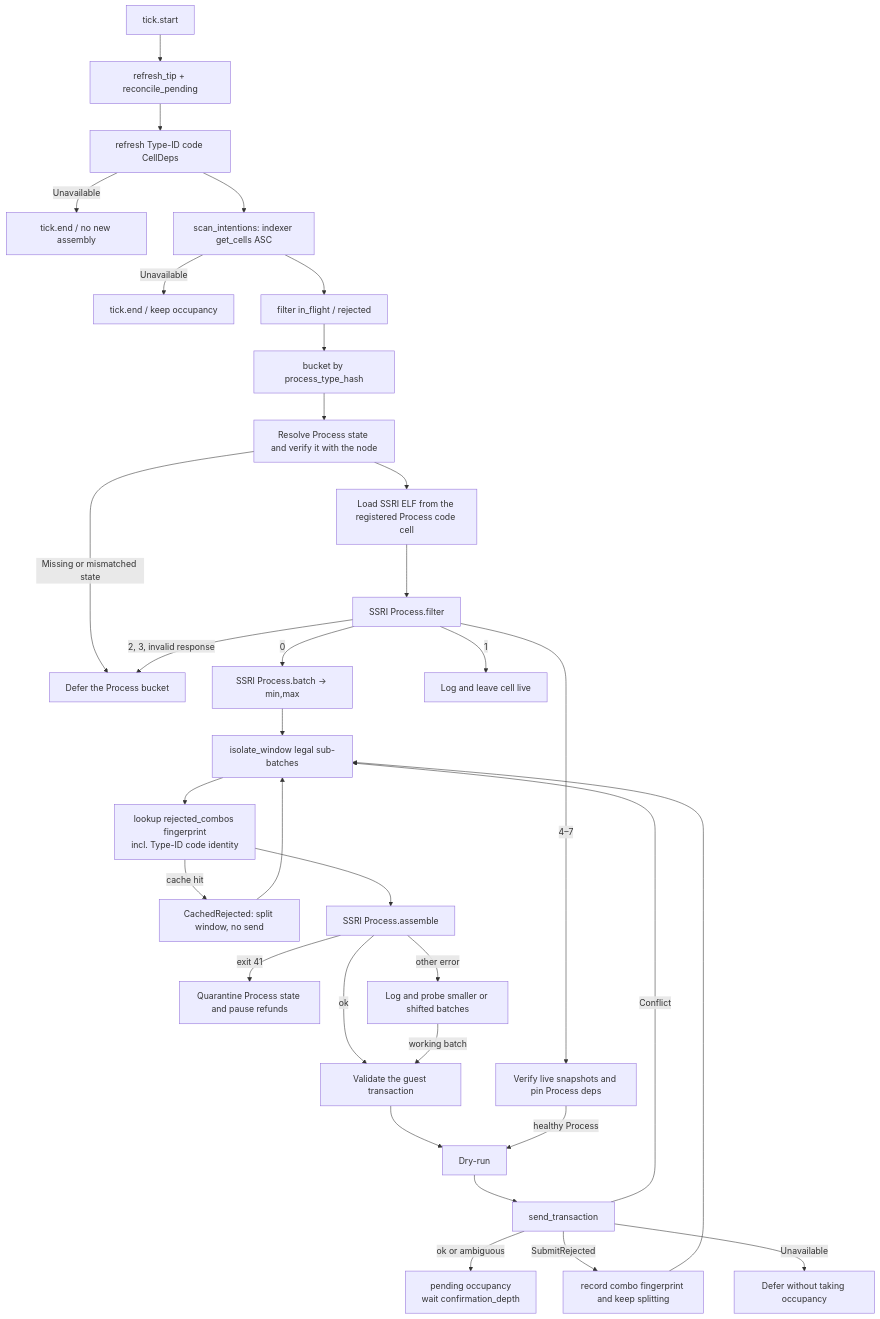
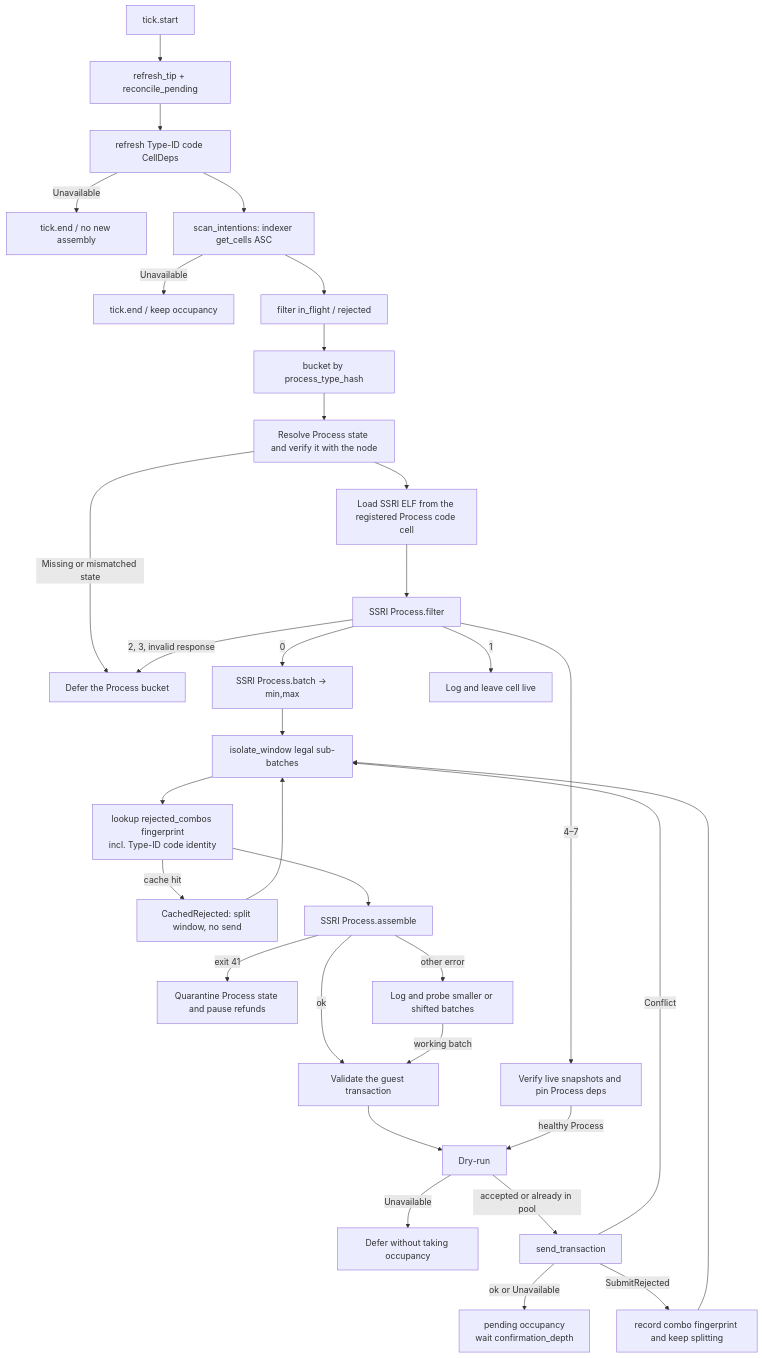
Before and after one commit to ashuralyk/ckb-cid-backend-server: the diagram in README.md, drawn with Mermaid. The commit also changed other lines of this file and 14 other files, not shown here.

````diff
--- a/README.md
+++ b/README.md
@@ -198,35 +198,35 @@
 ```mermaid
 flowchart TD
   start["tick.start"] --> tip["refresh_tip + reconcile_pending"]
   tip --> deps["refresh Type-ID code CellDeps"]
   deps -->|Unavailable| endEarly["tick.end / no new assembly"]
   deps --> scan["scan_intentions: indexer get_cells ASC"]
   scan -->|Unavailable| endScan["tick.end / keep occupancy"]
   scan --> filter["filter in_flight / rejected"]
   filter --> bucket["bucket by process_type_hash"]
   bucket --> resolve["Resolve Process state and verify it with the node"]
   resolve -->|Missing or mismatched state| deferred
   resolve --> code["Load SSRI ELF from the registered Process code cell"]
   code --> verdict["SSRI Process.filter"]
   verdict -->|0| bounds["SSRI Process.batch → min,max"]
   verdict -->|1| logOnly["Log and leave cell live"]
   verdict -->|4–7| refund["Verify live snapshots and pin Process deps"]
   verdict -->|2, 3, invalid response| deferred["Defer the Process bucket"]
   bounds --> isolate["isolate_window legal sub-batches"]
   isolate --> peek["lookup rejected_combos fingerprint<br/>incl. Type-ID code identity"]
   peek -->|cache hit| split["CachedRejected: split window, no send"]
   peek --> assemble["SSRI Process.assemble"]
   assemble -->|ok| dok["Validate the guest transaction"]
   assemble -->|exit 41| quarantine["Quarantine Process state and pause refunds"]
   assemble -->|other error| probe["Log and probe smaller or shifted batches"]
   probe -->|working batch| dok
   dok --> gate["Dry-run"]
   refund -->|healthy Process| gate
-  gate --> send["send_transaction"]
-  send -->|ok or ambiguous| pending["pending occupancy<br/>wait confirmation_depth"]
+  gate -->|Unavailable| retry["Defer without taking occupancy"]
+  gate -->|accepted or already in pool| send["send_transaction"]
+  send -->|ok or Unavailable| pending["pending occupancy<br/>wait confirmation_depth"]
   send -->|SubmitRejected| combo["record combo fingerprint and keep splitting"]
   send -->|Conflict| isolate
-  send -->|Unavailable| retry["Defer without taking occupancy"]
   split --> isolate
   combo --> isolate
 ```
````
